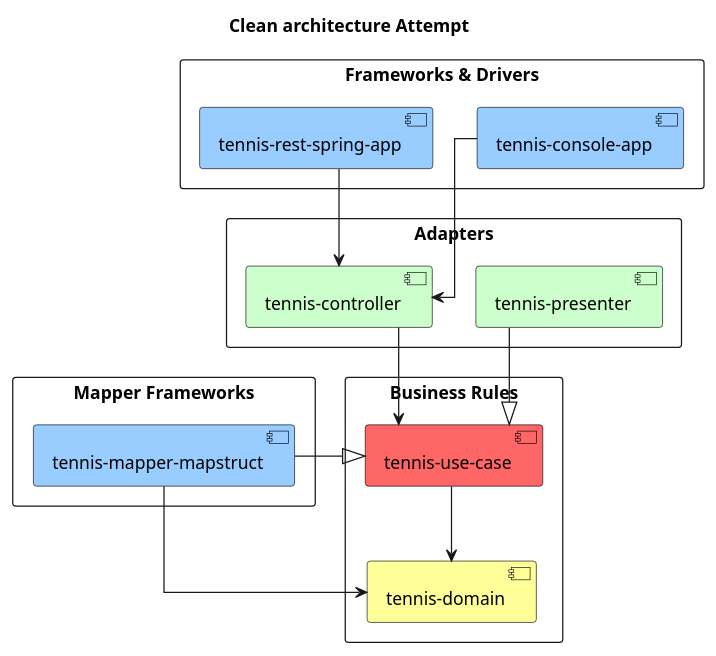
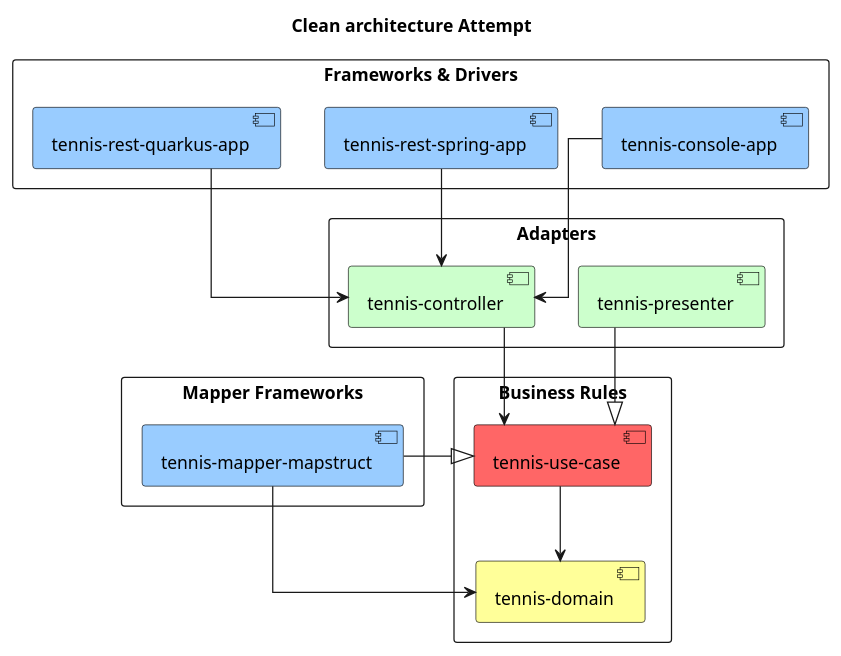
One commit to Sims07/simulateur-match-tennis changed the diagram in CleanArchitectureAttempt.puml. Above: the diagram before and after it, drawn with PlantUML. The commit also changed 1 other file, not shown here.

Commit message:
Update diagram with quarkus component

```diff
--- a/CleanArchitectureAttempt.puml
+++ b/CleanArchitectureAttempt.puml
@@ -1,37 +1,39 @@
 @startuml
 skinparam linetype ortho
 skinparam component {
     BorderColor #000000
 }
 title Clean architecture Attempt
 
 rectangle "Business Rules" {
 [tennis-use-case] as uc #ff6666
 [tennis-domain] as domain #ffff99
 }
 
 rectangle "Frameworks & Drivers" {
 [tennis-console-app] as consoleApp #99ccff
 [tennis-rest-spring-app] as restSpringApp #99ccff
+[tennis-rest-quarkus-app] as restQuarkusApp #99ccff
 }
 
 rectangle "Mapper Frameworks" {
 [tennis-mapper-mapstruct] as mapper #99ccff
 }
 
 rectangle "Adapters" {
 [tennis-presenter] as presenter #ccffcc
 [tennis-controller] as controller #ccffcc
 }
 
 consoleApp -D-> controller
+restQuarkusApp  -D-> controller
 restSpringApp -D-> controller
 
 controller -D-> uc
 presenter -D-|> uc
 
 uc -D-> domain
 mapper -R-|> uc
 mapper -R-> domain
 
 @enduml
```
